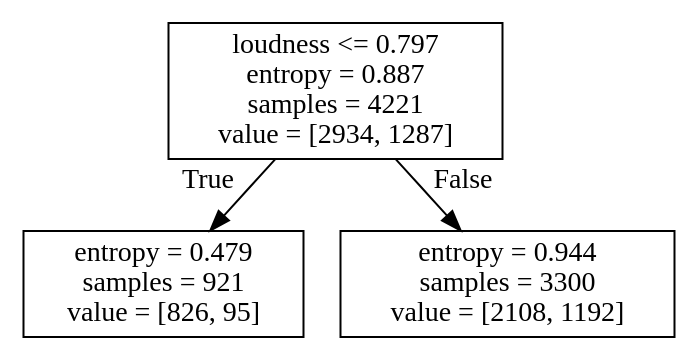
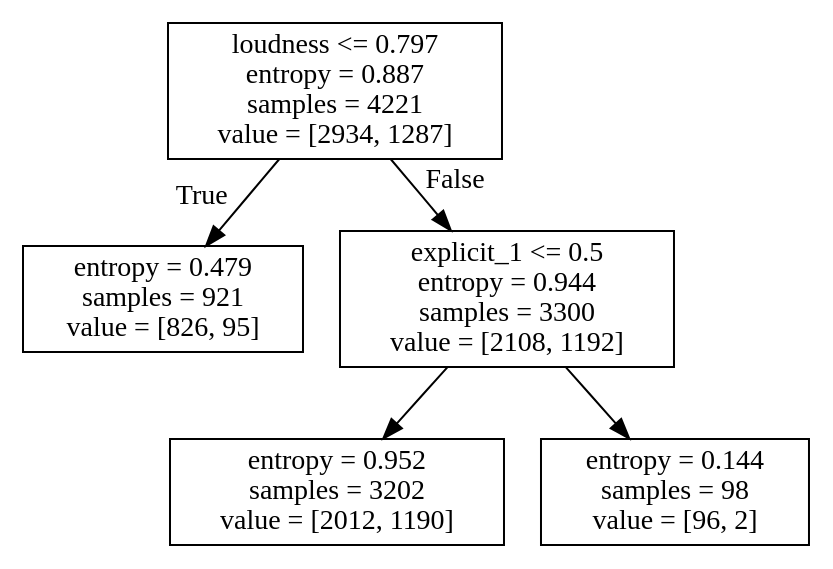
One commit to CrystalCo/audio_features_popularity_classifiers changed the diagram in country_DT.dot. Above: the diagram before and after it, drawn with Graphviz. The commit also changed 15 other files, not shown here.

```diff
--- a/country_DT.dot
+++ b/country_DT.dot
@@ -1,8 +1,12 @@
 digraph Tree {
 node [shape=box] ;
 0 [label="loudness <= 0.797\nentropy = 0.887\nsamples = 4221\nvalue = [2934, 1287]"] ;
 1 [label="entropy = 0.479\nsamples = 921\nvalue = [826, 95]"] ;
 0 -> 1 [labeldistance=2.5, labelangle=45, headlabel="True"] ;
-2 [label="entropy = 0.944\nsamples = 3300\nvalue = [2108, 1192]"] ;
+2 [label="explicit_1 <= 0.5\nentropy = 0.944\nsamples = 3300\nvalue = [2108, 1192]"] ;
 0 -> 2 [labeldistance=2.5, labelangle=-45, headlabel="False"] ;
+3 [label="entropy = 0.952\nsamples = 3202\nvalue = [2012, 1190]"] ;
+2 -> 3 ;
+4 [label="entropy = 0.144\nsamples = 98\nvalue = [96, 2]"] ;
+2 -> 4 ;
 }
```
